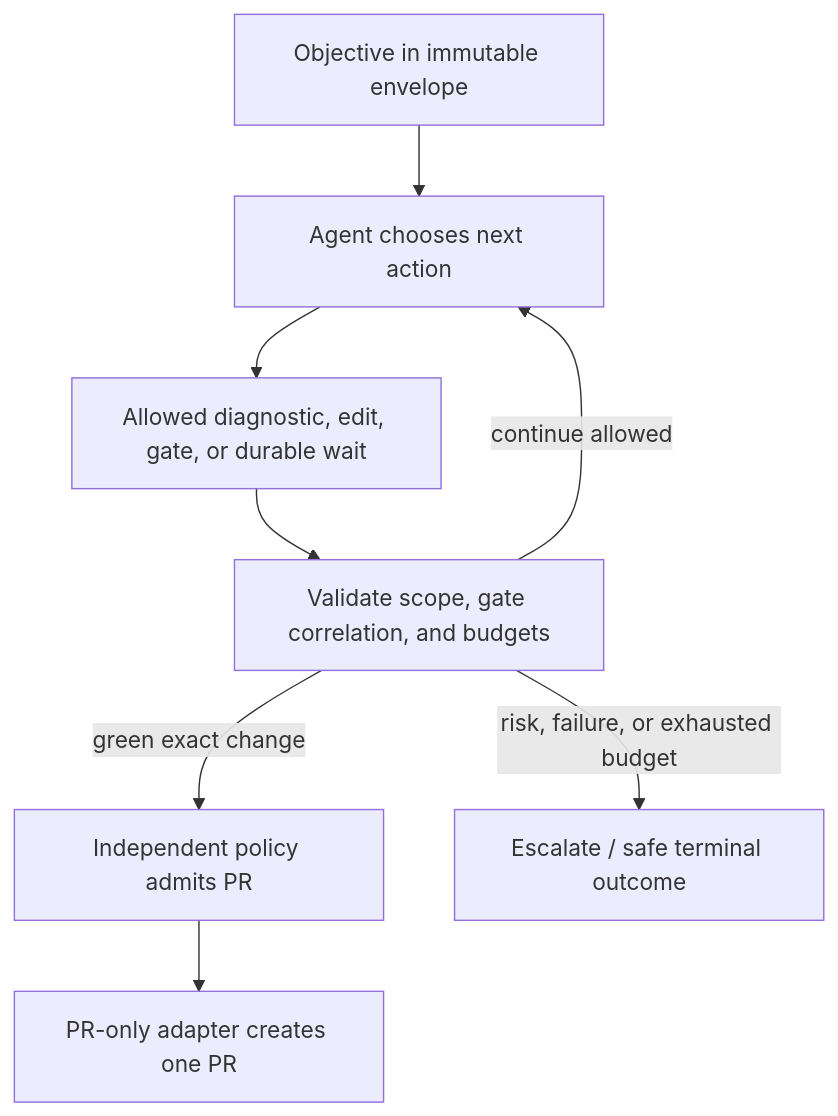
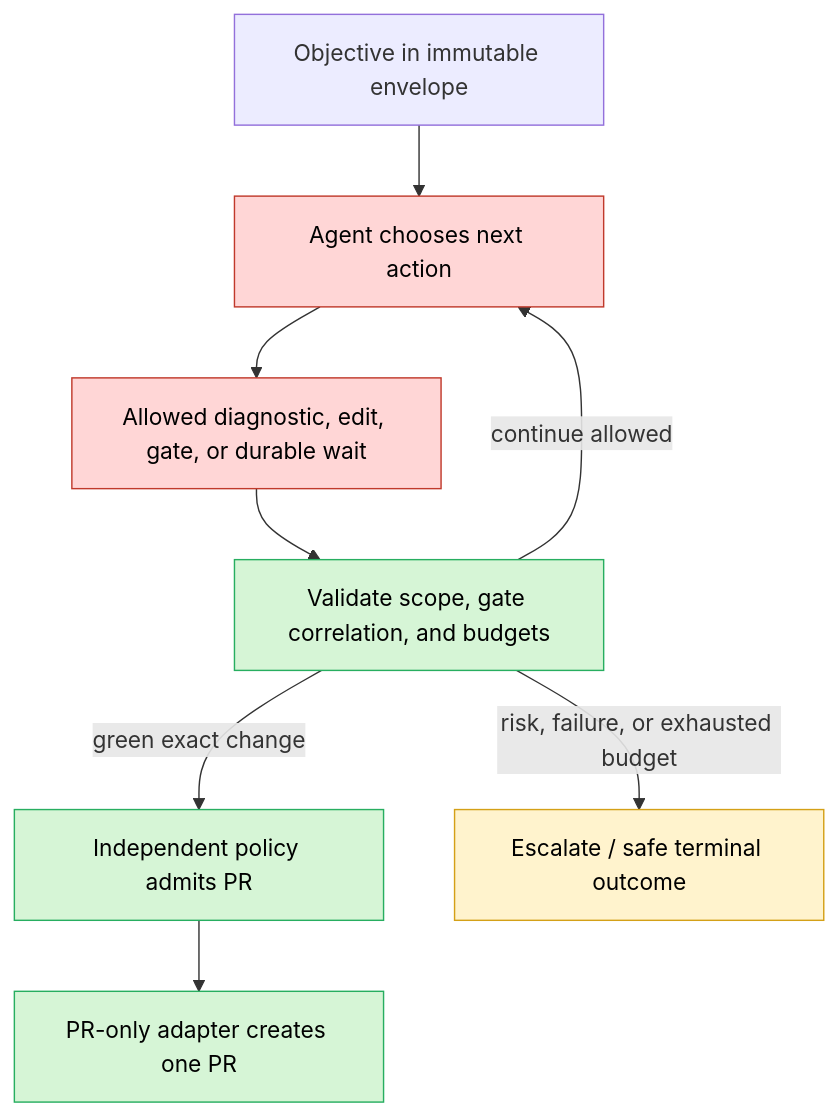
One commit to aaif/wg-workflows-and-process-integration changed the diagram in workstreams/reference-architectures/examples/autonomous-maintenance-run-agent-directed/solution.md. Above: the diagram before and after it, drawn with Mermaid. The commit also changed other lines of this file and 6 other files, not shown here.

First line of the commit message:
Color-code example diagrams by step authority + bake into recipe

````diff
--- a/workstreams/reference-architectures/examples/autonomous-maintenance-run-agent-directed/solution.md
+++ b/workstreams/reference-architectures/examples/autonomous-maintenance-run-agent-directed/solution.md
@@ -7,10 +7,13 @@
 ```mermaid
 flowchart TD
- A[Objective in immutable envelope] --> B[Agent chooses next action]
- B --> C[Allowed diagnostic, edit, gate, or durable wait]
- C --> D[Validate scope, gate correlation, and budgets]
- D -->|green exact change| E[Independent policy admits PR]
- E --> F[PR-only adapter creates one PR]
+ A[Objective in immutable envelope] --> B[Agent chooses next action]:::model
+ B --> C[Allowed diagnostic, edit, gate, or durable wait]:::model
+ C --> D[Validate scope, gate correlation, and budgets]:::deterministic
+ D -->|green exact change| E[Independent policy admits PR]:::deterministic
+ E --> F[PR-only adapter creates one PR]:::deterministic
  D -->|continue allowed| B
- D -->|risk, failure, or exhausted budget| G[Escalate / safe terminal outcome]
+ D -->|risk, failure, or exhausted budget| G[Escalate / safe terminal outcome]:::human
+ classDef model fill:#ffd6d6,stroke:#c0392b,color:#000
+ classDef deterministic fill:#d6f5d6,stroke:#27ae60,color:#000
+ classDef human fill:#fff3cd,stroke:#d4a017,color:#000
 ```
````
